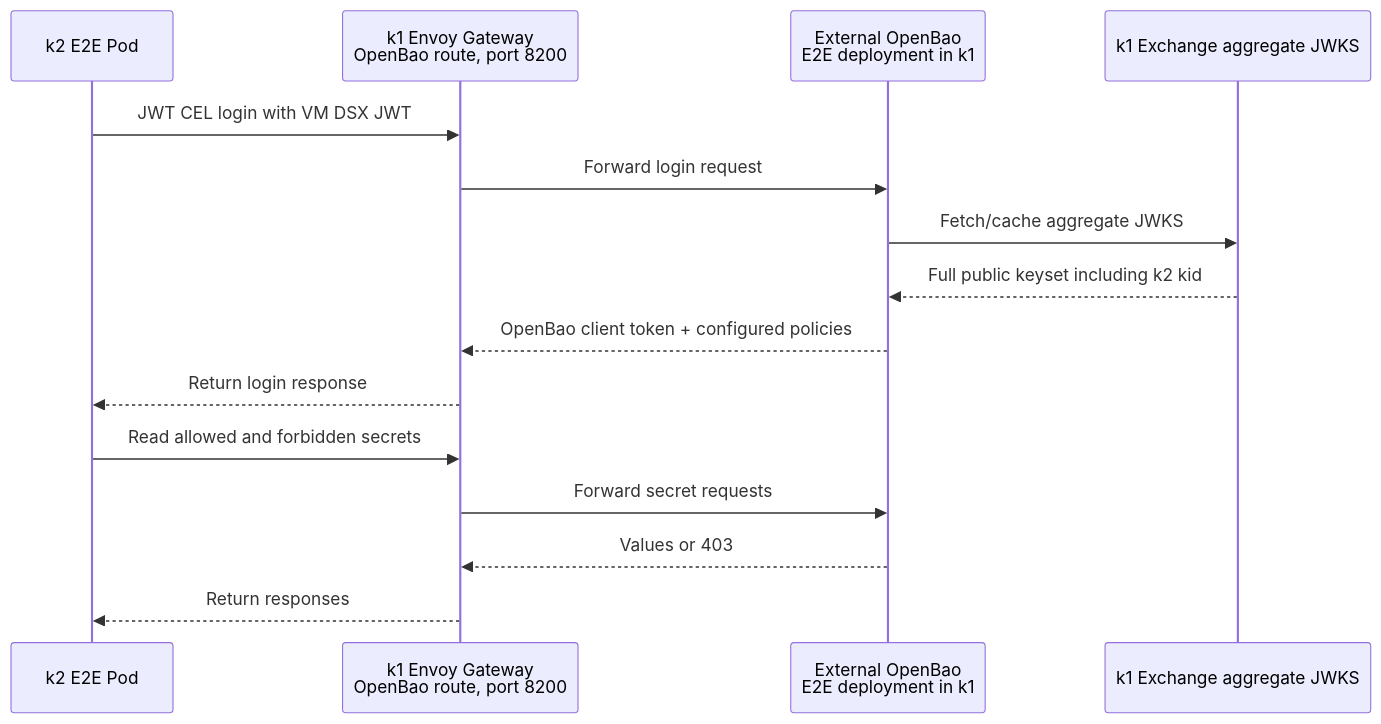
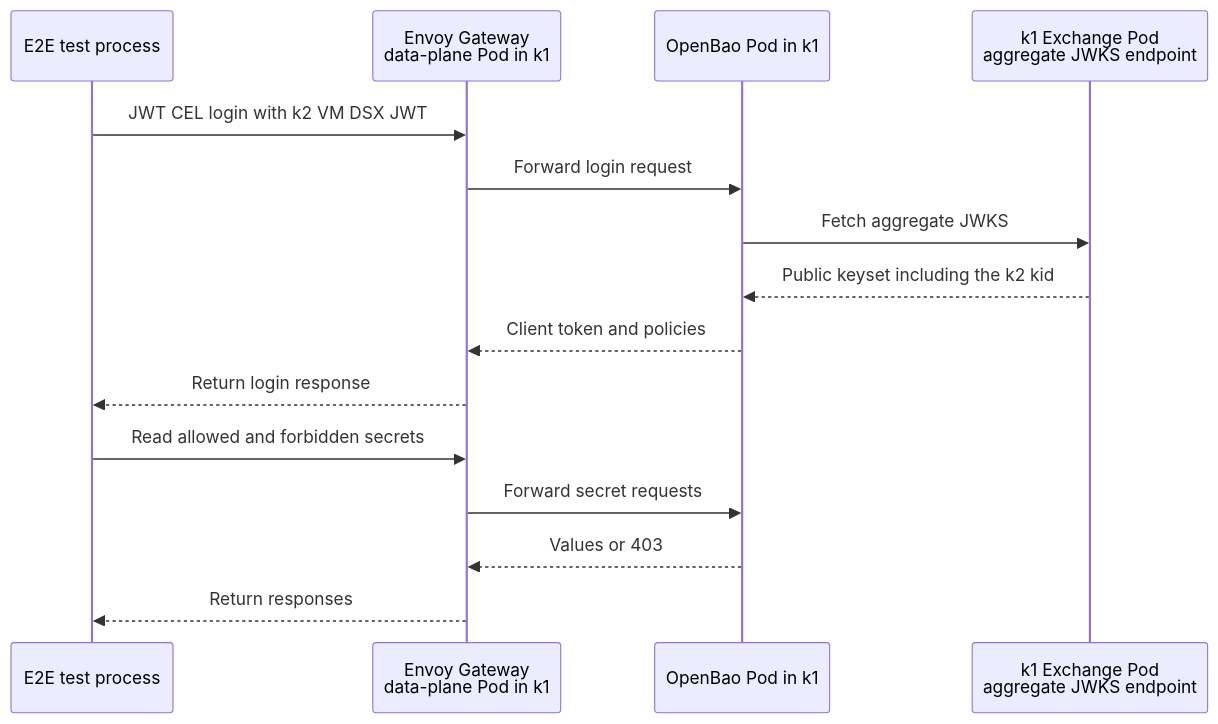
Before and after one commit to dsx-ai-factory/nvidia-workload-identity: the ninth of 9 diagrams in README.md, drawn with Mermaid. The commit also changed other lines of this file and 34 other files, not shown here.

````diff
--- a/README.md
+++ b/README.md
@@ -339,18 +456,18 @@
 ```mermaid
 sequenceDiagram
-  participant Runner as k2 E2E Pod
-  participant Gateway as k1 Envoy Gateway<br/>OpenBao route, port 8200
-  participant Bao as External OpenBao<br/>E2E deployment in k1
-  participant JWKS as k1 Exchange aggregate JWKS
+  participant Test as E2E test process
+  participant Gateway as Envoy Gateway<br/>data-plane Pod in k1
+  participant Bao as OpenBao Pod in k1
+  participant JWKS as k1 Exchange Pod<br/>aggregate JWKS endpoint
 
-  Runner->>Gateway: JWT CEL login with VM DSX JWT
+  Test->>Gateway: JWT CEL login with k2 VM DSX JWT
   Gateway->>Bao: Forward login request
-  Bao->>JWKS: Fetch/cache aggregate JWKS
-  JWKS-->>Bao: Full public keyset including k2 kid
-  Bao-->>Gateway: OpenBao client token + configured policies
-  Gateway-->>Runner: Return login response
-  Runner->>Gateway: Read allowed and forbidden secrets
+  Bao->>JWKS: Fetch aggregate JWKS
+  JWKS-->>Bao: Public keyset including the k2 kid
+  Bao-->>Gateway: Client token and policies
+  Gateway-->>Test: Return login response
+  Test->>Gateway: Read allowed and forbidden secrets
   Gateway->>Bao: Forward secret requests
   Bao-->>Gateway: Values or 403
-  Gateway-->>Runner: Return responses
+  Gateway-->>Test: Return responses
 ```
````
